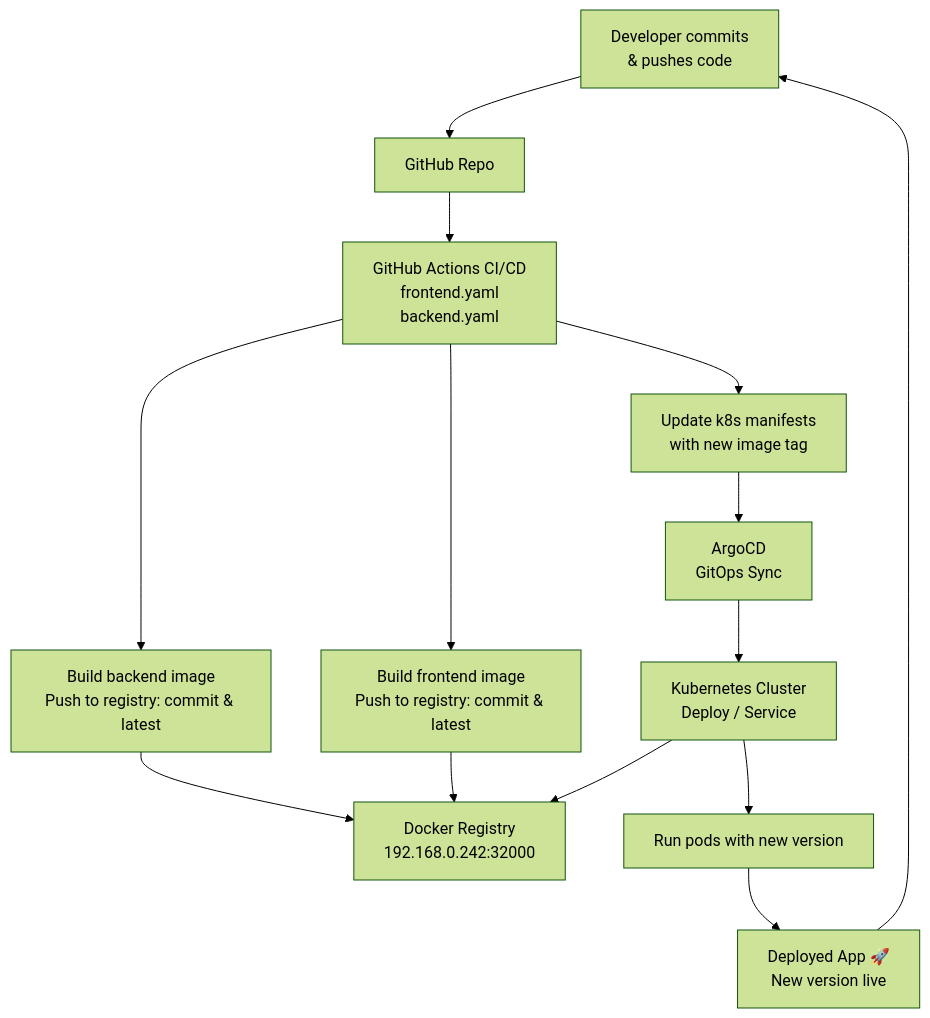
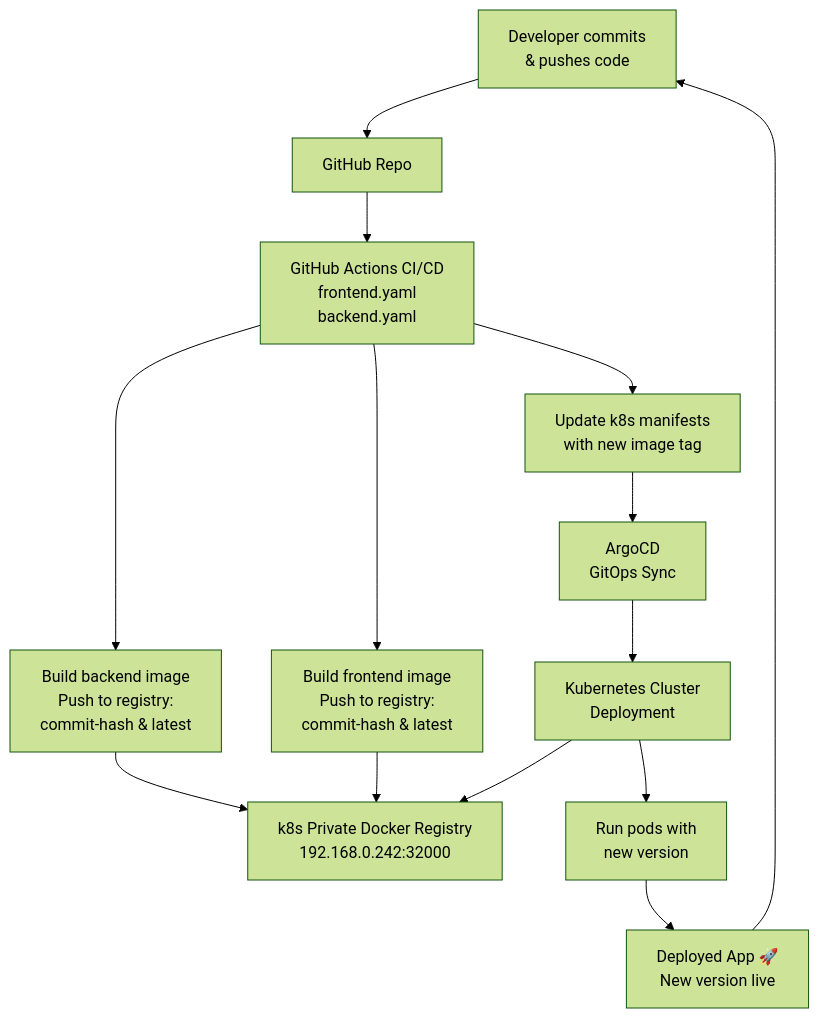
The diagram in README.md (Surmi64/ev-charge-project), drawn with Mermaid (forest theme) before and after one commit.

Commit message:
upd: readme extend with v8 flowchart

````diff
--- a/README.md
+++ b/README.md
@@ -90,32 +90,42 @@
 ```mermaid
 flowchart TD
     dev["`Developer commits
     & pushes code`"] 
     repo["GitHub Repo"]
     ci["`GitHub Actions CI/CD
     frontend.yaml
     backend.yaml`"]
-    backendBuild["Build backend image\nPush to registry: commit & latest"]
-    frontendBuild["Build frontend image\nPush to registry: commit & latest"]
-    registry["Docker Registry\n192.168.0.242:32000"]
-    manifests["Update k8s manifests\nwith new image tag"]
-    argocd["ArgoCD\nGitOps Sync"]
-    k8s["Kubernetes Cluster\nDeploy / Service"]
-    pods["Run pods with new version"]
-    deployed["Deployed App 🚀\nNew version live"]
+    backendBuild["`Build backend image
+    Push to registry:
+    commit-hash & latest`"]
+    frontendBuild["`Build frontend image
+    Push to registry:
+    commit-hash & latest`"]
+    registry["`k8s Private Docker Registry
+    192.168.0.242:32000`"]
+    manifests["`Update k8s manifests
+    with new image tag`"]
+    argocd["`ArgoCD
+    GitOps Sync`"]
+    k8s["`Kubernetes Cluster
+    Deployment`"]
+    pods["`Run pods with
+    new version`"]
+    deployed["`Deployed App 🚀
+    New version live`"]
 
     dev --> repo
     repo --> ci
     ci --> backendBuild
     ci --> frontendBuild
     backendBuild --> registry
     frontendBuild --> registry
     ci --> manifests
     manifests --> argocd
     argocd --> k8s
     k8s --> registry
     k8s --> pods
     pods --> deployed
     deployed --> dev
 
 ```
````
